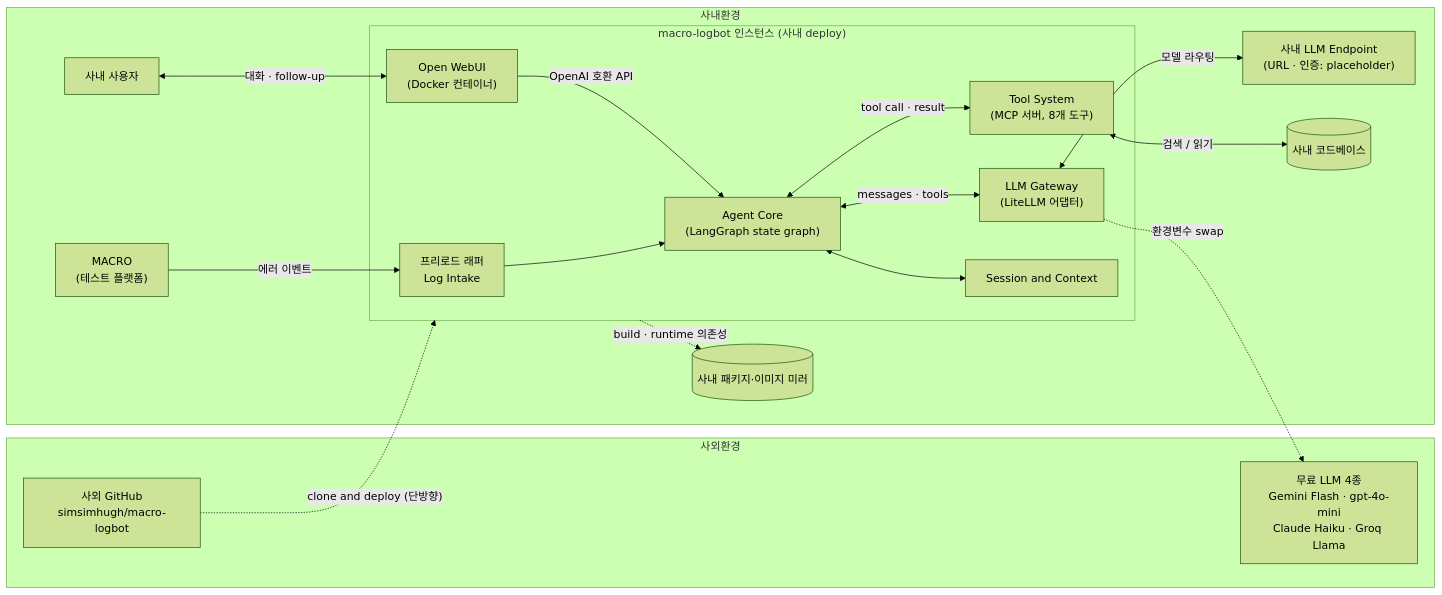
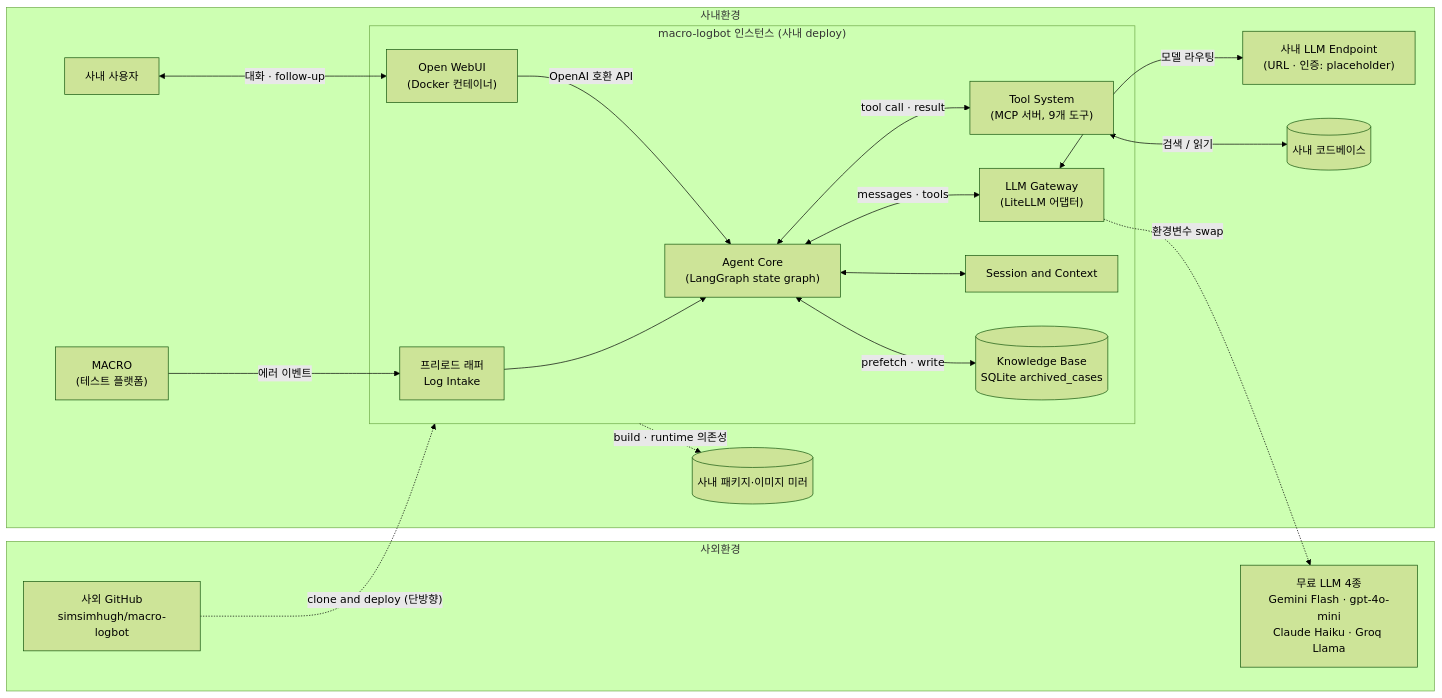
Before and after one commit to simsimhugh/macro-logbot: the first of 8 diagrams in docs/design/02-설계문서.md, drawn with Mermaid (forest theme). The commit also changed other lines of this file, not shown here.

First line of the commit message:
docs: architect review WARN 반영 (§4 다이어그램 + §5.5 + §10.6)

````diff
--- a/docs/design/02-설계문서.md
+++ b/docs/design/02-설계문서.md
@@ -50,38 +50,40 @@
 ```mermaid
 flowchart LR
     subgraph 사외환경
         H["사외 GitHub<br/>simsimhugh/macro-logbot"]
         FREE["무료 LLM 4종<br/>Gemini Flash · gpt-4o-mini<br/>Claude Haiku · Groq Llama"]
     end
 
     subgraph 사내환경
         A["MACRO<br/>(테스트 플랫폼)"]
         F["사내 LLM Endpoint<br/>(URL · 인증: placeholder)"]
         E[("사내 코드베이스")]
         G["사내 사용자"]
         MIR[("사내 패키지·이미지 미러")]
 
         subgraph deploy["macro-logbot 인스턴스 (사내 deploy)"]
             B["프리로드 래퍼<br/>Log Intake"]
             UI["Open WebUI<br/>(Docker 컨테이너)"]
             AC["Agent Core<br/>(LangGraph state graph)"]
             LG["LLM Gateway<br/>(LiteLLM 어댑터)"]
-            D["Tool System<br/>(MCP 서버, 8개 도구)"]
+            D["Tool System<br/>(MCP 서버, 9개 도구)"]
             S["Session and Context"]
+            KB[("Knowledge Base<br/>SQLite archived_cases")]
         end
         deploy -.->|"build · runtime 의존성"| MIR
     end
 
     A -->|"에러 이벤트"| B
     B --> AC
     G <-->|"대화 · follow-up"| UI
     UI -->|"OpenAI 호환 API"| AC
     AC <-->|"messages · tools"| LG
     LG <-->|"모델 라우팅"| F
     LG -.->|"환경변수 swap"| FREE
     AC <-->|"tool call · result"| D
     D <-->|"검색 / 읽기"| E
     AC <--> S
+    AC <-->|"prefetch · write"| KB
 
     H -.->|"clone and deploy (단방향)"| deploy
 ```
````
